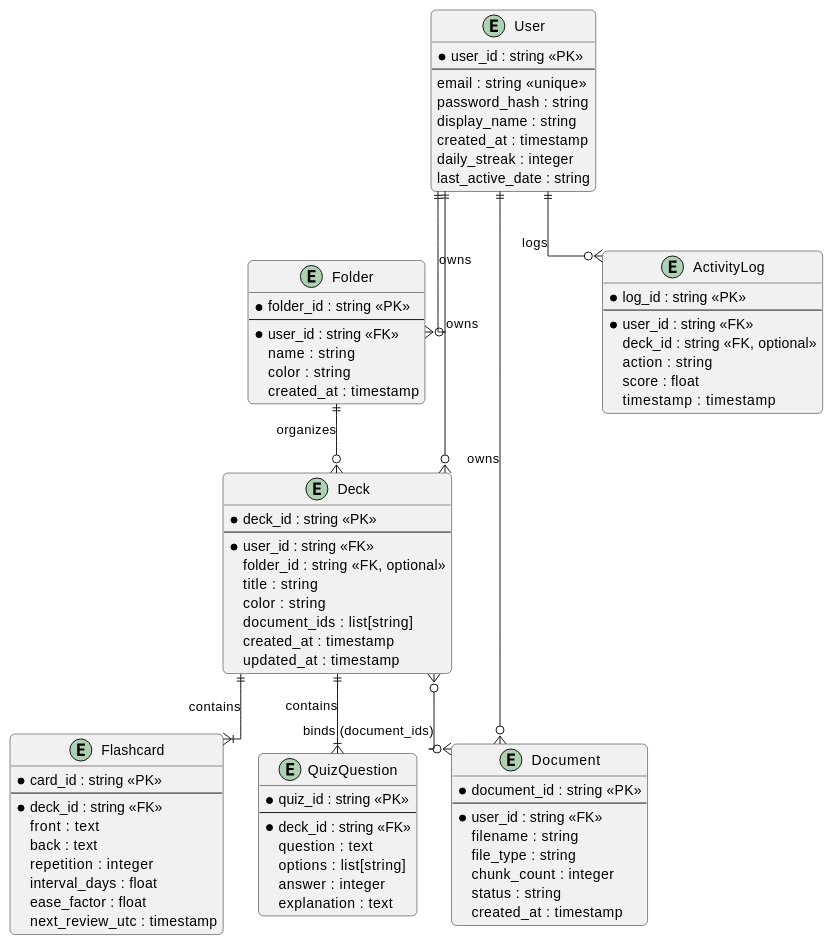
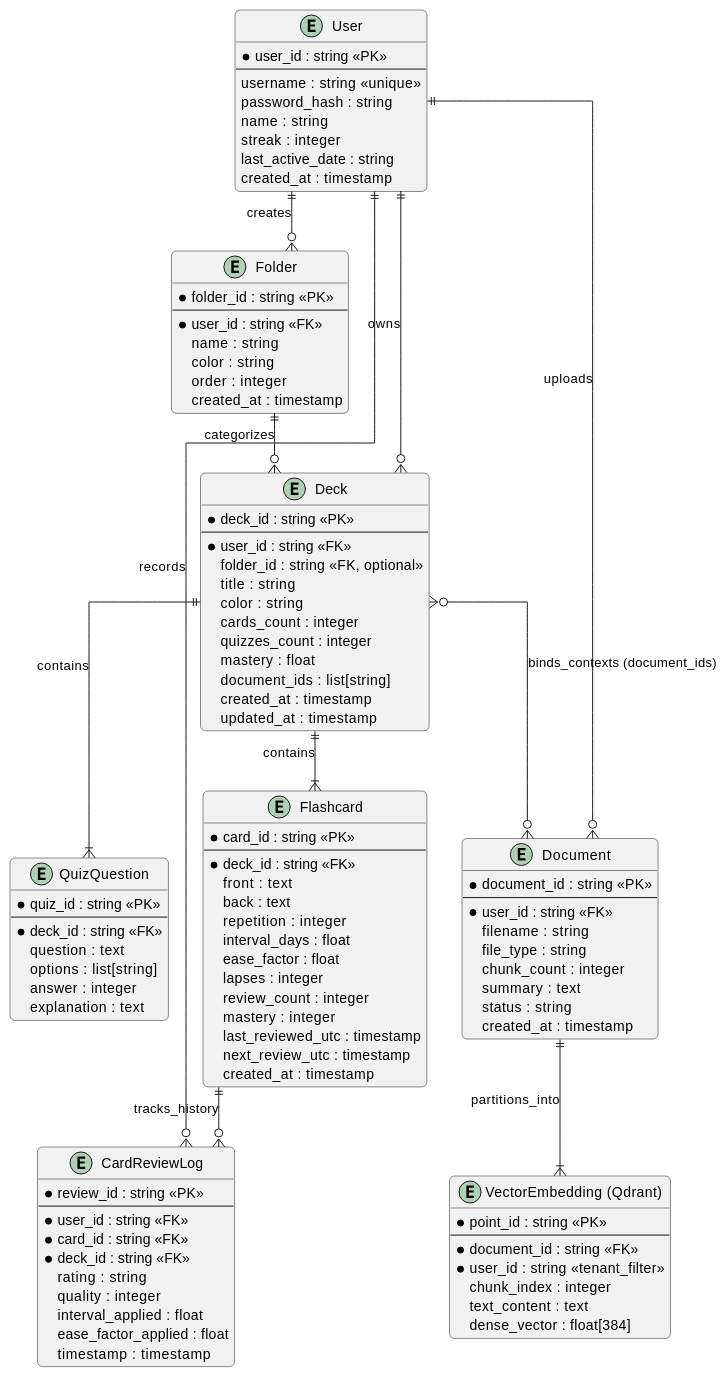
One commit to AryanTikam/Mneme changed the ninth of 17 diagrams in documentation/DIAGRAMS.md. Above: the diagram before and after it, drawn with PlantUML. The commit also changed other lines of this file and 8 other files, not shown here.

Commit message:
Updated report with ui snapshots and latest erd

````diff
--- a/documentation/DIAGRAMS.md
+++ b/documentation/DIAGRAMS.md
@@ -326,12 +326,12 @@
 entity "User" as user {
     * user_id : string <<PK>>
     --
-    email : string <<unique>>
+    username : string <<unique>>
     password_hash : string
-    display_name : string
+    name : string
+    streak : integer
+    last_active_date : string
     created_at : timestamp
-    daily_streak : integer
-    last_active_date : string
 }
 
 entity "Folder" as folder {
@@ -340,6 +340,7 @@
     * user_id : string <<FK>>
     name : string
     color : string
+    order : integer
     created_at : timestamp
 }
 
@@ -350,6 +351,9 @@
     folder_id : string <<FK, optional>>
     title : string
     color : string
+    cards_count : integer
+    quizzes_count : integer
+    mastery : float
     document_ids : list[string]
     created_at : timestamp
     updated_at : timestamp
@@ -364,7 +368,12 @@
     repetition : integer
     interval_days : float
     ease_factor : float
+    lapses : integer
+    review_count : integer
+    mastery : integer
+    last_reviewed_utc : timestamp
     next_review_utc : timestamp
+    created_at : timestamp
 }
 
 entity "QuizQuestion" as quiz {
@@ -384,27 +393,43 @@
     filename : string
     file_type : string
     chunk_count : integer
+    summary : text
     status : string
     created_at : timestamp
 }
 
-entity "ActivityLog" as log {
-    * log_id : string <<PK>>
+entity "VectorEmbedding (Qdrant)" as vector {
+    * point_id : string <<PK>>
+    --
+    * document_id : string <<FK>>
+    * user_id : string <<tenant_filter>>
+    chunk_index : integer
+    text_content : text
+    dense_vector : float[384]
+}
+
+entity "CardReviewLog" as review_log {
+    * review_id : string <<PK>>
     --
     * user_id : string <<FK>>
-    deck_id : string <<FK, optional>>
-    action : string
-    score : float
+    * card_id : string <<FK>>
+    * deck_id : string <<FK>>
+    rating : string
+    quality : integer
+    interval_applied : float
+    ease_factor_applied : float
     timestamp : timestamp
 }
 
-user ||--o{ folder : owns
+user ||--o{ folder : creates
 user ||--o{ deck : owns
-user ||--o{ doc : owns
-user ||--o{ log : logs
-folder ||--o{ deck : organizes
+user ||--o{ doc : uploads
+user ||--o{ review_log : records
+folder ||--o{ deck : categorizes
 deck ||--|{ card : contains
 deck ||--|{ quiz : contains
-deck }o--o{ doc : binds (document_ids)
+deck }o--o{ doc : binds_contexts (document_ids)
+doc ||--|{ vector : partitions_into
+card ||--o{ review_log : tracks_history
 @enduml
 ```
````
